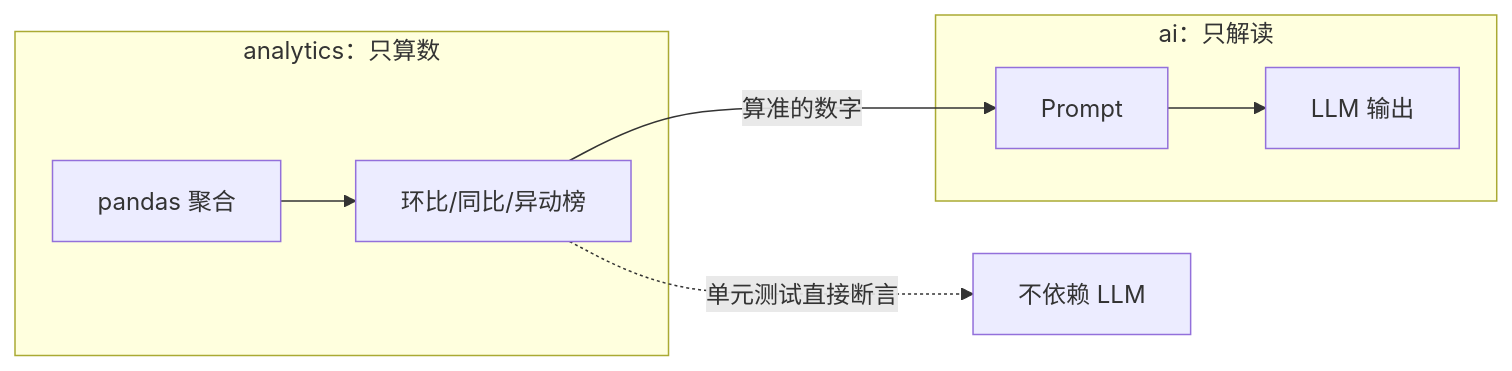
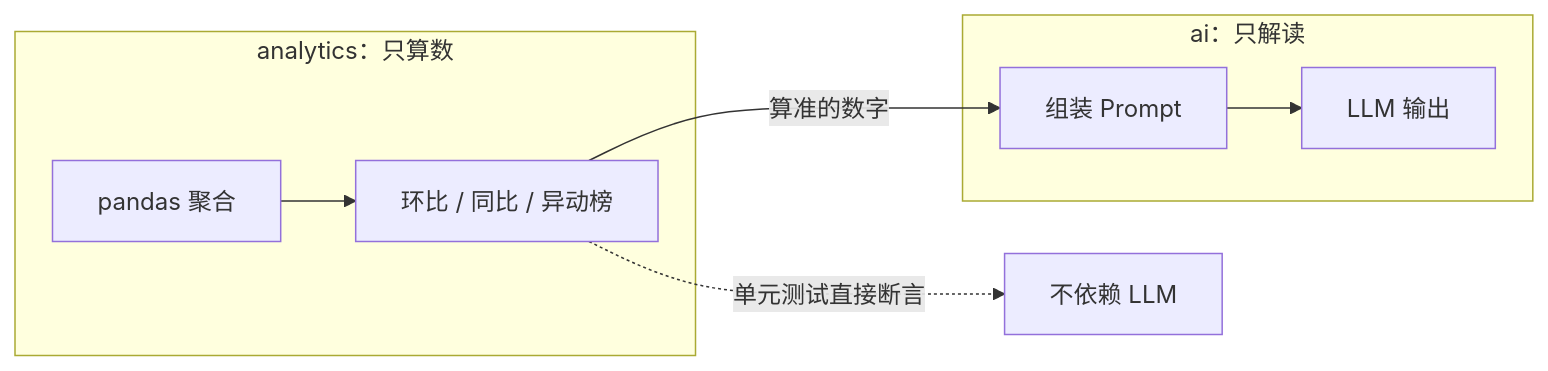
Before and after one commit to CTYQAQ/sales-insight: the second of 4 diagrams in README.md, drawn with Mermaid. The commit also changed other lines of this file, not shown here.

Commit message:
docs: 修正 Mermaid 语法（中文 subgraph id 与边标签引号）

````diff
--- a/README.md
+++ b/README.md
@@ -111,11 +111,11 @@
 ```mermaid
 flowchart LR
-    subgraph 确定性["analytics：只算数"]
-        A1[pandas 聚合] --> A2[环比/同比/异动榜]
+    subgraph DET["analytics：只算数"]
+        A1["pandas 聚合"] --> A2["环比 / 同比 / 异动榜"]
     end
-    subgraph 生成["ai：只解读"]
-        B1[Prompt] --> B2[LLM 输出]
+    subgraph GEN["ai：只解读"]
+        B1["组装 Prompt"] --> B2["LLM 输出"]
     end
-    A2 -->|算准的数字| B1
-    A2 -.->|单元测试直接断言| T[不依赖 LLM]
+    A2 -->|"算准的数字"| B1
+    A2 -.->|"单元测试直接断言"| T["不依赖 LLM"]
 ```
````
